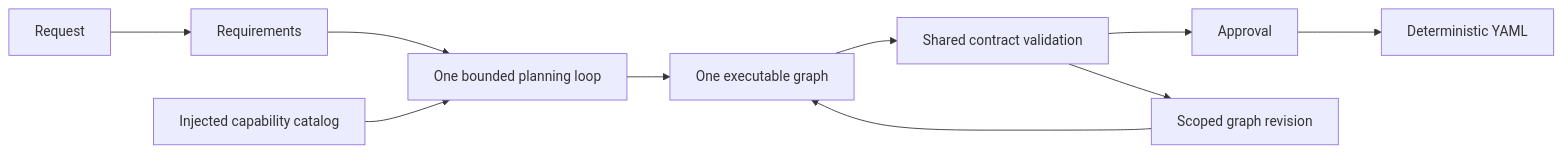
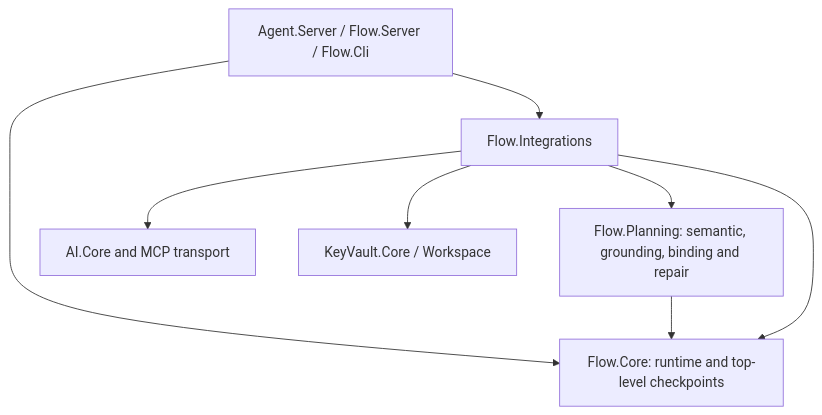
Before and after one commit to GnouGo/GnouGo: the first of 2 diagrams in docs/flow-hybrid-v9-implementation.md, drawn with Mermaid. The commit also changed other lines of this file and 21 other files, not shown here.

Commit message:
Document schema-9 migration and mixed bounded agent workflows

````diff
--- a/docs/flow-hybrid-v9-implementation.md
+++ b/docs/flow-hybrid-v9-implementation.md
@@ -49,10 +15,10 @@
 ```mermaid
-flowchart LR
-  Request --> Requirements
-  Requirements --> Planner[One bounded planning loop]
-  Catalog[Injected capability catalog] --> Planner
-  Planner --> Graph[One executable graph]
-  Graph --> Validation[Shared contract validation]
-  Validation --> Approval --> YAML[Deterministic YAML]
-  Validation --> Revision[Scoped graph revision] --> Graph
+flowchart TD
+  Hosts[Agent.Server / Flow.Server / Flow.Cli] --> Integrations[Flow.Integrations]
+  Hosts --> Core[Flow.Core: runtime and top-level checkpoints]
+  Integrations --> Planner[Flow.Planning: semantic, grounding, binding and repair]
+  Integrations --> AI[AI.Core and MCP transport]
+  Integrations --> Vault[KeyVault.Core / Workspace]
+  Planner --> Core
+  Integrations --> Core
 ```
````
